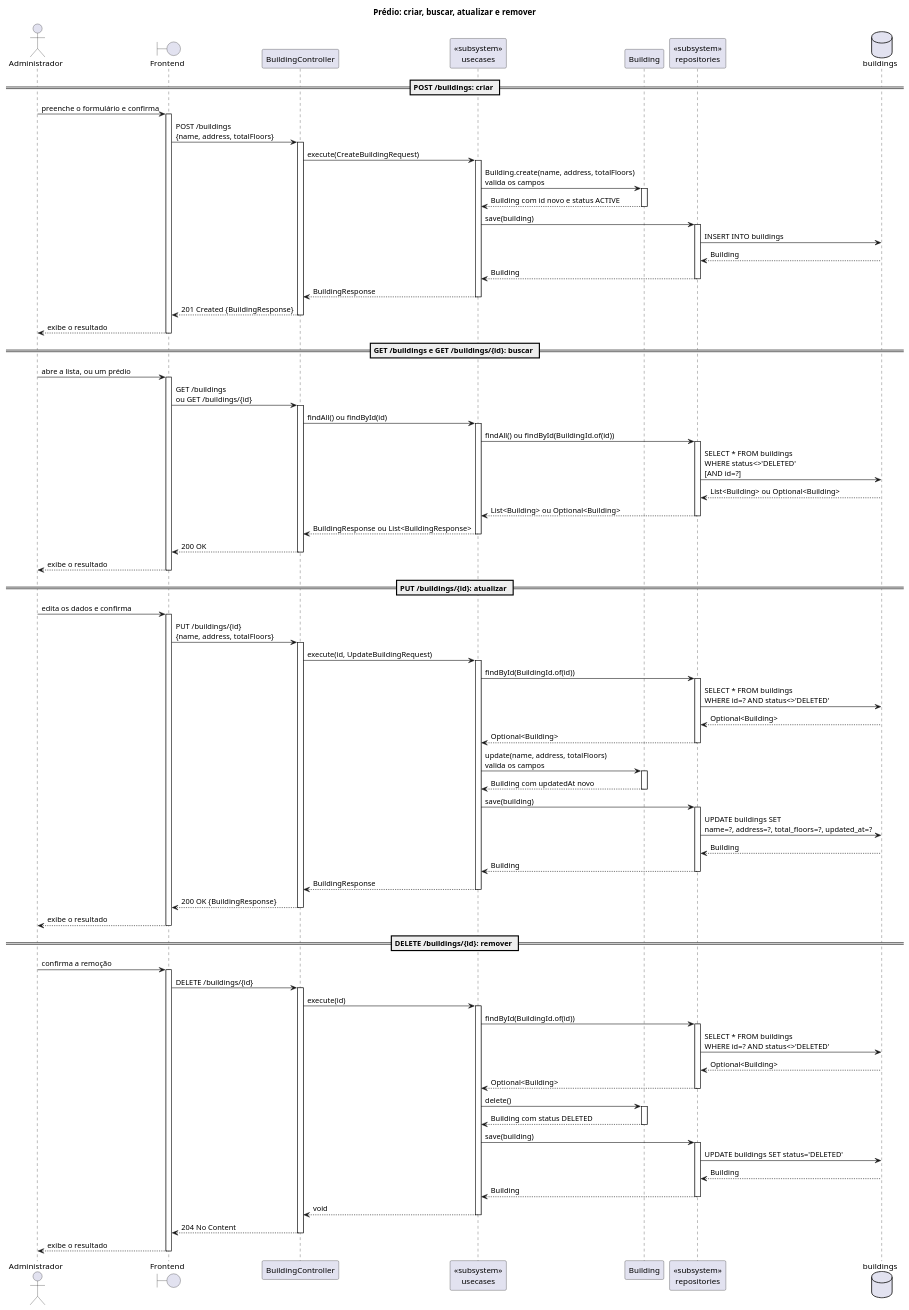
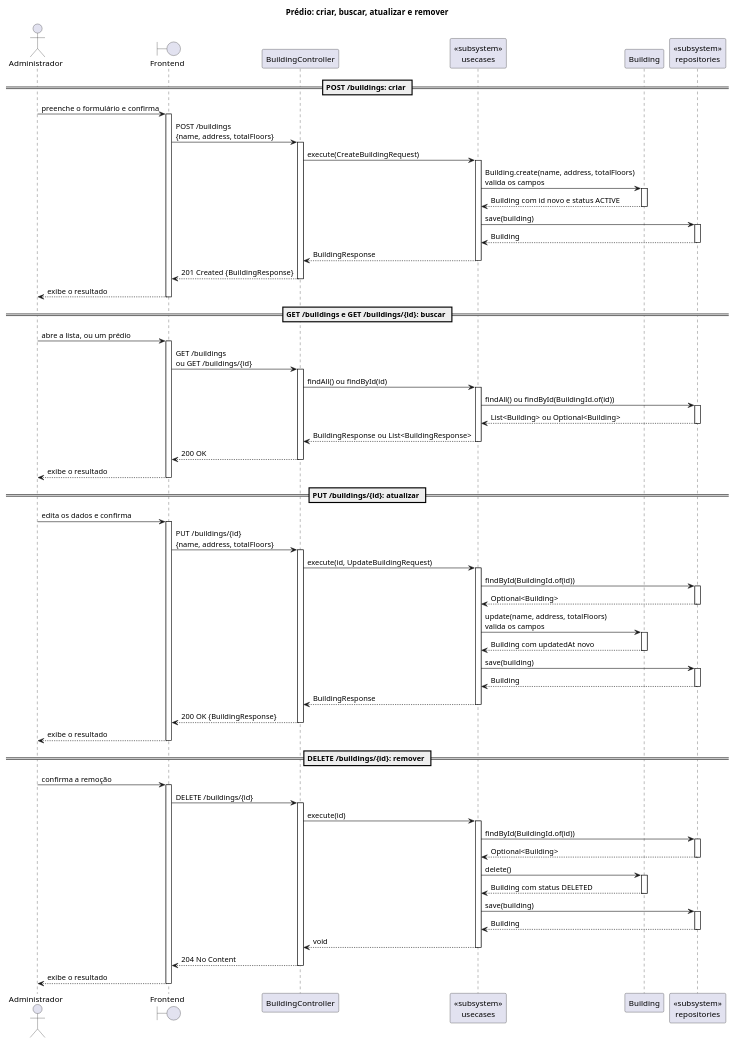
The diagram in src/plantuml/sequencia/simples/building.puml (Neoguara/rooms-diagrams), drawn with PlantUML before and after one commit. The commit also changed 23 other files, not shown here.

```diff
--- a/src/plantuml/sequencia/simples/building.puml
+++ b/src/plantuml/sequencia/simples/building.puml
@@ -1,152 +1,142 @@
 @startuml building_simples
 
 ' Recorte de prédio do módulo room, inteiro em um arquivo, no estilo simplista. Os
 ' diagramas completos continuam em sequencia/building/, e é lá que estão os desvios.
 '
-' Quatro cortes em relação a eles:
+' Cinco cortes em relação a eles:
 '   1. Porta e implementação viram um participante só, tipado como «subsystem».
 '   2. Só o caminho de sucesso. Nenhum alt: os erros (404, 422) estão nos diagramas
 '      completos, e as guardas de status estão em estado/building_status.puml.
 '   3. Nenhuma mensagem para si mesmo: fluxo interno não é troca entre participantes.
 '   4. Ativação só em trecho reto, abrindo e fechando no mesmo nível.
+'   5. O armazenamento não aparece. As mensagens param no participante de repositório,
+'      e a consulta ou gravação fica implícita: o que importa é a conversa entre as
+'      camadas, não o SQL.
 '
 ' A camada de caso de uso é uma raia só, tipada como «subsystem». Ela não representa uma
 ' classe: representa a camada. As classes estão em classe/simples/room/building.puml.
 '
 ' O PATCH /buildings/{id}/status fica de fora: as transições estão em
 ' estado/building_status.puml.
 
 title Prédio: criar, buscar, atualizar e remover
 
 actor "Administrador" as Ator
 boundary "Frontend" as FE
 participant "BuildingController" as Ctrl
 
 participant "<<subsystem>>\nusecases" as UC
 
 participant "Building" as Entity
 participant "<<subsystem>>\nrepositories" as Repo
-database "buildings" as DB
 
 == POST /buildings: criar ==
 
 Ator -> FE: preenche o formulário e confirma
 activate FE
 FE -> Ctrl: POST /buildings\n{name, address, totalFloors}
 activate Ctrl
 Ctrl -> UC: execute(CreateBuildingRequest)
 activate UC
 
 UC -> Entity: Building.create(name, address, totalFloors)\nvalida os campos
 activate Entity
 Entity --> UC: Building com id novo e status ACTIVE
 deactivate Entity
 
 UC -> Repo: save(building)
 activate Repo
-Repo -> DB: INSERT INTO buildings
-DB --> Repo: Building
 Repo --> UC: Building
 deactivate Repo
 
 UC --> Ctrl: BuildingResponse
 deactivate UC
 Ctrl --> FE: 201 Created {BuildingResponse}
 deactivate Ctrl
 FE --> Ator: exibe o resultado
 deactivate FE
 
 == GET /buildings e GET /buildings/{id}: buscar ==
 
 Ator -> FE: abre a lista, ou um prédio
 activate FE
 FE -> Ctrl: GET /buildings\nou GET /buildings/{id}
 activate Ctrl
 Ctrl -> UC: findAll() ou findById(id)
 activate UC
 
 UC -> Repo: findAll() ou findById(BuildingId.of(id))
 activate Repo
-Repo -> DB: SELECT * FROM buildings\nWHERE status<>'DELETED'\n[AND id=?]
-DB --> Repo: List<Building> ou Optional<Building>
 Repo --> UC: List<Building> ou Optional<Building>
 deactivate Repo
 
 UC --> Ctrl: BuildingResponse ou List<BuildingResponse>
 deactivate UC
 Ctrl --> FE: 200 OK
 deactivate Ctrl
 FE --> Ator: exibe o resultado
 deactivate FE
 
 == PUT /buildings/{id}: atualizar ==
 
 Ator -> FE: edita os dados e confirma
 activate FE
 FE -> Ctrl: PUT /buildings/{id}\n{name, address, totalFloors}
 activate Ctrl
 Ctrl -> UC: execute(id, UpdateBuildingRequest)
 activate UC
 
 UC -> Repo: findById(BuildingId.of(id))
 activate Repo
-Repo -> DB: SELECT * FROM buildings\nWHERE id=? AND status<>'DELETED'
-DB --> Repo: Optional<Building>
 Repo --> UC: Optional<Building>
 deactivate Repo
 
 UC -> Entity: update(name, address, totalFloors)\nvalida os campos
 activate Entity
 Entity --> UC: Building com updatedAt novo
 deactivate Entity
 
 UC -> Repo: save(building)
 activate Repo
-Repo -> DB: UPDATE buildings SET\nname=?, address=?, total_floors=?, updated_at=?
-DB --> Repo: Building
 Repo --> UC: Building
 deactivate Repo
 
 UC --> Ctrl: BuildingResponse
 deactivate UC
 Ctrl --> FE: 200 OK {BuildingResponse}
 deactivate Ctrl
 FE --> Ator: exibe o resultado
 deactivate FE
 
 == DELETE /buildings/{id}: remover ==
 
 Ator -> FE: confirma a remoção
 activate FE
 FE -> Ctrl: DELETE /buildings/{id}
 activate Ctrl
 Ctrl -> UC: execute(id)
 activate UC
 
 UC -> Repo: findById(BuildingId.of(id))
 activate Repo
-Repo -> DB: SELECT * FROM buildings\nWHERE id=? AND status<>'DELETED'
-DB --> Repo: Optional<Building>
 Repo --> UC: Optional<Building>
 deactivate Repo
 
 UC -> Entity: delete()
 activate Entity
 Entity --> UC: Building com status DELETED
 deactivate Entity
 
 UC -> Repo: save(building)
 activate Repo
-Repo -> DB: UPDATE buildings SET status='DELETED'
-DB --> Repo: Building
 Repo --> UC: Building
 deactivate Repo
 
 UC --> Ctrl: void
 deactivate UC
 Ctrl --> FE: 204 No Content
 deactivate Ctrl
 FE --> Ator: exibe o resultado
 deactivate FE
 
 @enduml
```
